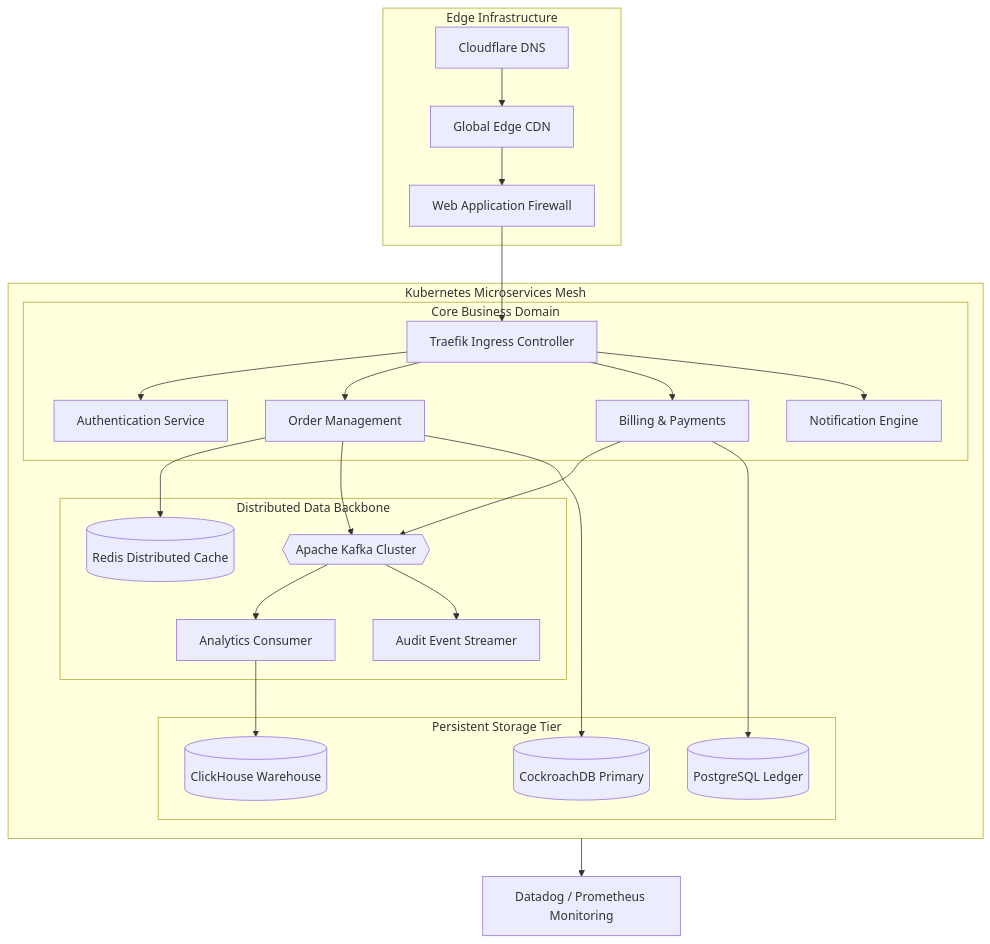
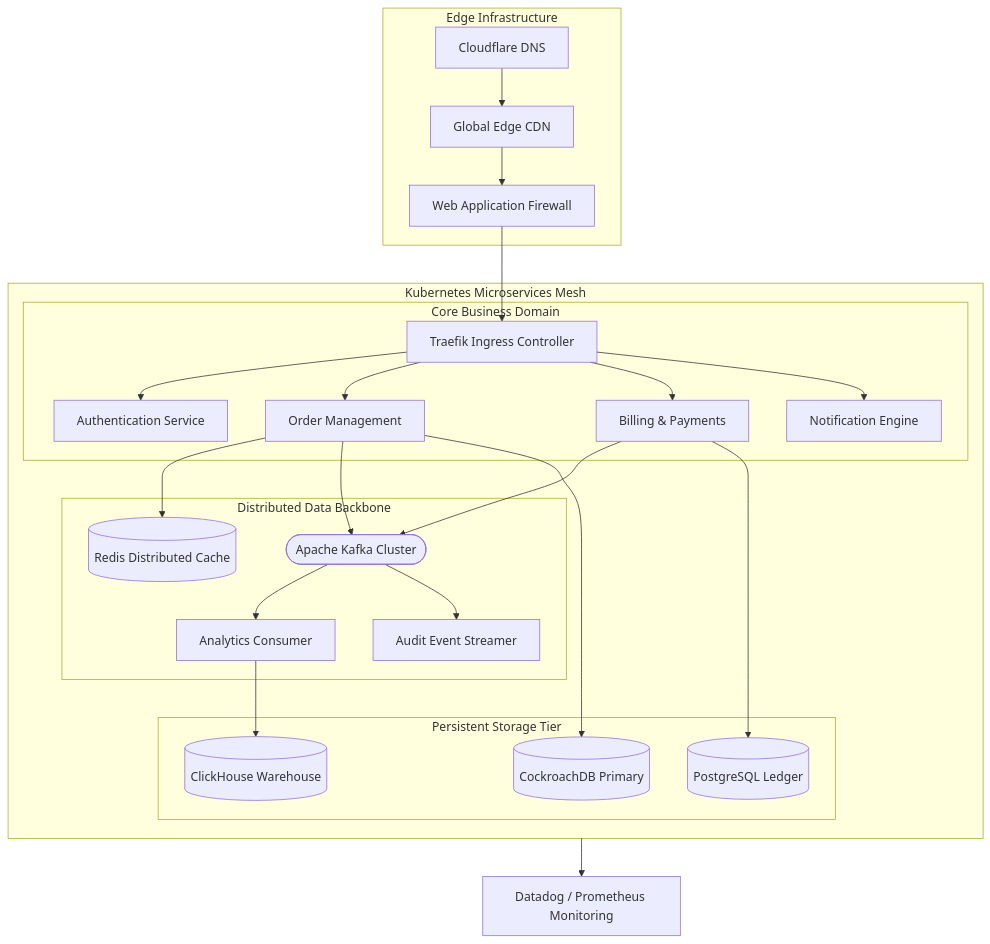
One commit to danielmonettelli/danielmonettelli.github.io changed the second of 9 diagrams in blog/_drafts/pele-showcase-demo.md. Above: the diagram before and after it, drawn with Mermaid. The commit also changed other lines of this file and 1 other file, not shown here.

````diff
--- a/blog/_drafts/pele-showcase-demo.md
+++ b/blog/_drafts/pele-showcase-demo.md
@@ -52,34 +53,34 @@
 ```mermaid
 flowchart TB
     subgraph Edge["Edge Infrastructure"]
         DNS["Cloudflare DNS"] --> CDN["Global Edge CDN"]
         CDN --> WAF["Web Application Firewall"]
     end
 
     subgraph Cluster["Kubernetes Microservices Mesh"]
         WAF --> Ingress["Traefik Ingress Controller"]
         
         subgraph CoreServices["Core Business Domain"]
             Ingress --> Auth["Authentication Service"]
             Ingress --> Order["Order Management"]
             Ingress --> Billing["Billing & Payments"]
             Ingress --> Notif["Notification Engine"]
         end
 
         subgraph DataBackbone["Distributed Data Backbone"]
             Order --> Redis[("Redis Distributed Cache")]
-            Order --> Kafka{{"Apache Kafka Cluster"}}
+            Order --> Kafka(["Apache Kafka Cluster"])
             Billing --> Kafka
             Kafka --> Consumer1["Analytics Consumer"]
             Kafka --> Consumer2["Audit Event Streamer"]
         end
         
         subgraph Databases["Persistent Storage Tier"]
             Order --> DB1[("CockroachDB Primary")]
             Billing --> DB2[("PostgreSQL Ledger")]
             Consumer1 --> OLAP[("ClickHouse Warehouse")]
         end
     end
 
     Cluster --> Observability["Datadog / Prometheus Monitoring"]
 ```
````
